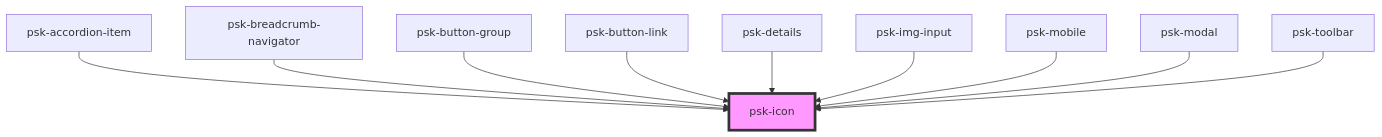
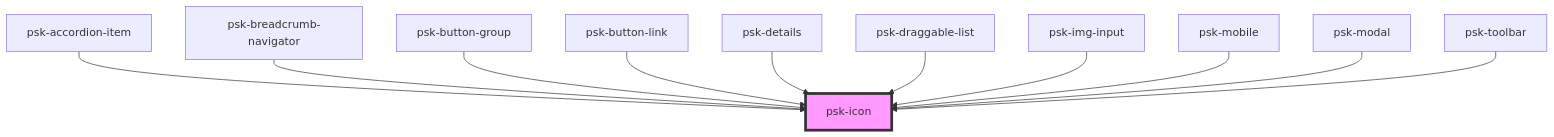
The diagram in src/components/psk-icon/readme.md (PrivateSky/cardinal), drawn with Mermaid before and after one commit. The commit also changed other lines of this file and 4 other files, not shown here.

Commit message:
Fixed proxy related bug using updateModel on psk-draggable-list.

````diff
--- a/src/components/psk-icon/readme.md
+++ b/src/components/psk-icon/readme.md
@@ -33,13 +34,14 @@
 ```mermaid
 graph TD;
   psk-accordion-item --> psk-icon
   psk-breadcrumb-navigator --> psk-icon
   psk-button-group --> psk-icon
   psk-button-link --> psk-icon
   psk-details --> psk-icon
+  psk-draggable-list --> psk-icon
   psk-img-input --> psk-icon
   psk-mobile --> psk-icon
   psk-modal --> psk-icon
   psk-toolbar --> psk-icon
   style psk-icon fill:#f9f,stroke:#333,stroke-width:4px
 ```
````
